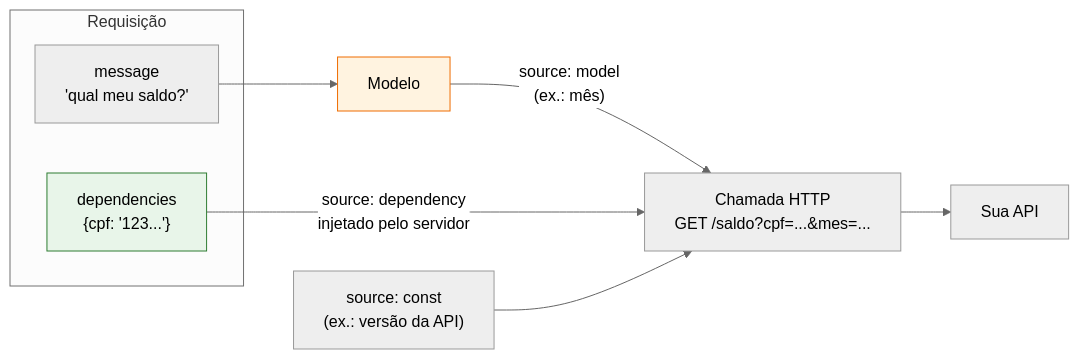
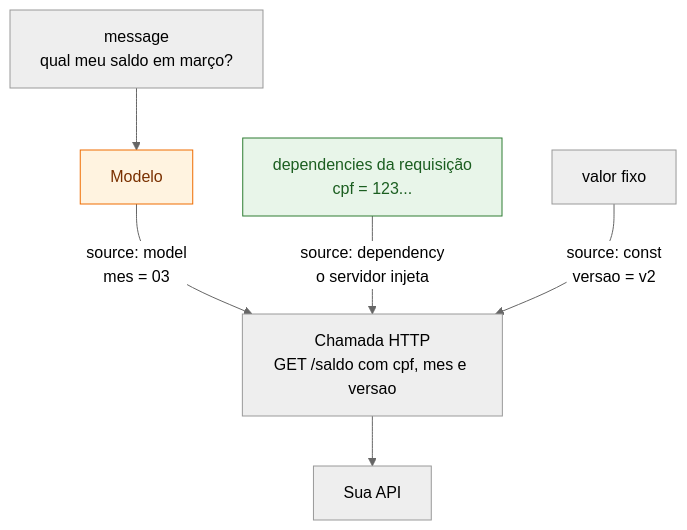
One commit to Arthur-Marques-IA/microservice_agents changed the fourth of 6 diagrams in README.md. Above: the diagram before and after it, drawn with Mermaid (neutral theme). The commit also changed other lines of this file, not shown here.

First line of the commit message:
docs: conserta diagramas do README e foca a CLI em uv run kuro

````diff
--- a/README.md
+++ b/README.md
@@ -206,15 +203,11 @@
 ```mermaid
-flowchart LR
-    subgraph Requisição
-        MSG["message<br/>'qual meu saldo?'"]
-        DEP["dependencies<br/>{cpf: '123...'}"]
-    end
-    MSG --> LLM["Modelo"]
-    LLM -- "source: model<br/>(ex.: mês)" --> CALL
-    DEP -- "source: dependency<br/>injetado pelo servidor" --> CALL
-    CONST["source: const<br/>(ex.: versão da API)"] --> CALL
-    CALL["Chamada HTTP<br/>GET /saldo?cpf=...&mes=..."] --> API["Sua API"]
+flowchart TB
+    MSG["message<br/>qual meu saldo em março?"] --> LLM["Modelo"]
+    LLM -- "source: model<br/>mes = 03" --> CALL
+    DEP["dependencies da requisição<br/>cpf = 123..."] -- "source: dependency<br/>o servidor injeta" --> CALL
+    CONST["valor fixo"] -- "source: const<br/>versao = v2" --> CALL
+    CALL["Chamada HTTP<br/>GET /saldo com cpf, mes e versao"] --> API["Sua API"]
 
-    style DEP fill:#e8f5e9,stroke:#2e7d32
-    style LLM fill:#fff3e0,stroke:#ef6c00
+    style DEP fill:#e8f5e9,stroke:#2e7d32,color:#1b5e20
+    style LLM fill:#fff3e0,stroke:#ef6c00,color:#7a3000
 ```
````
